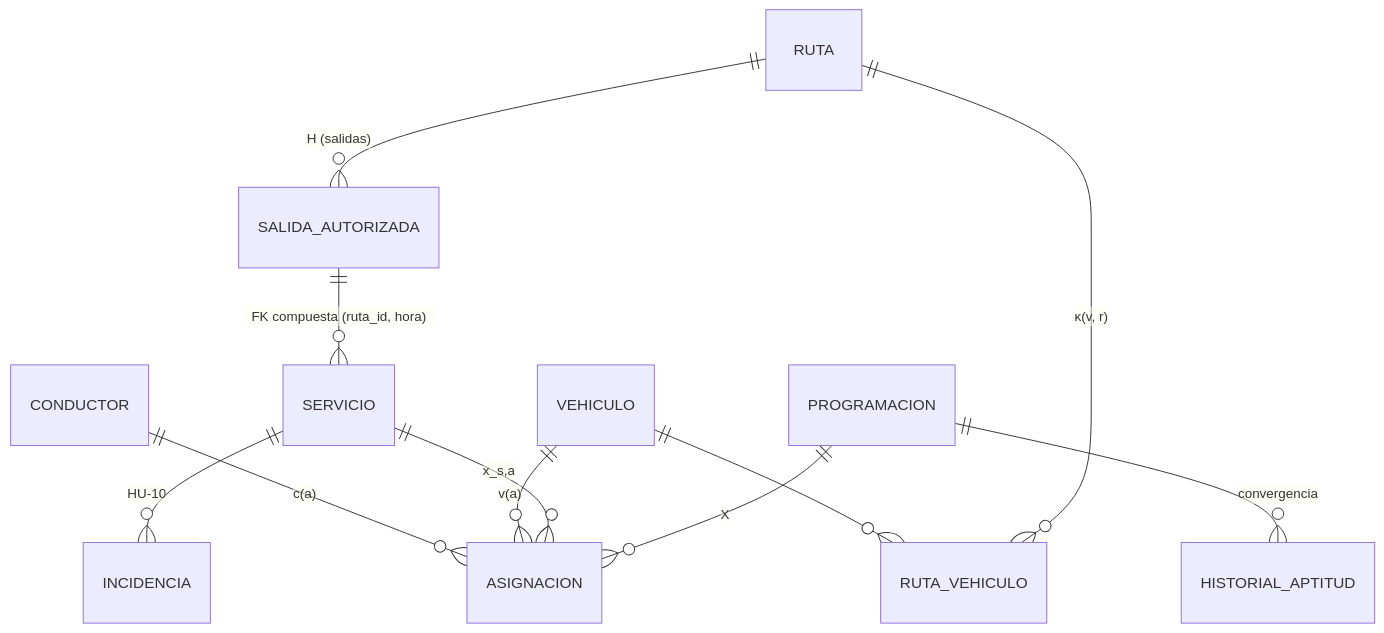
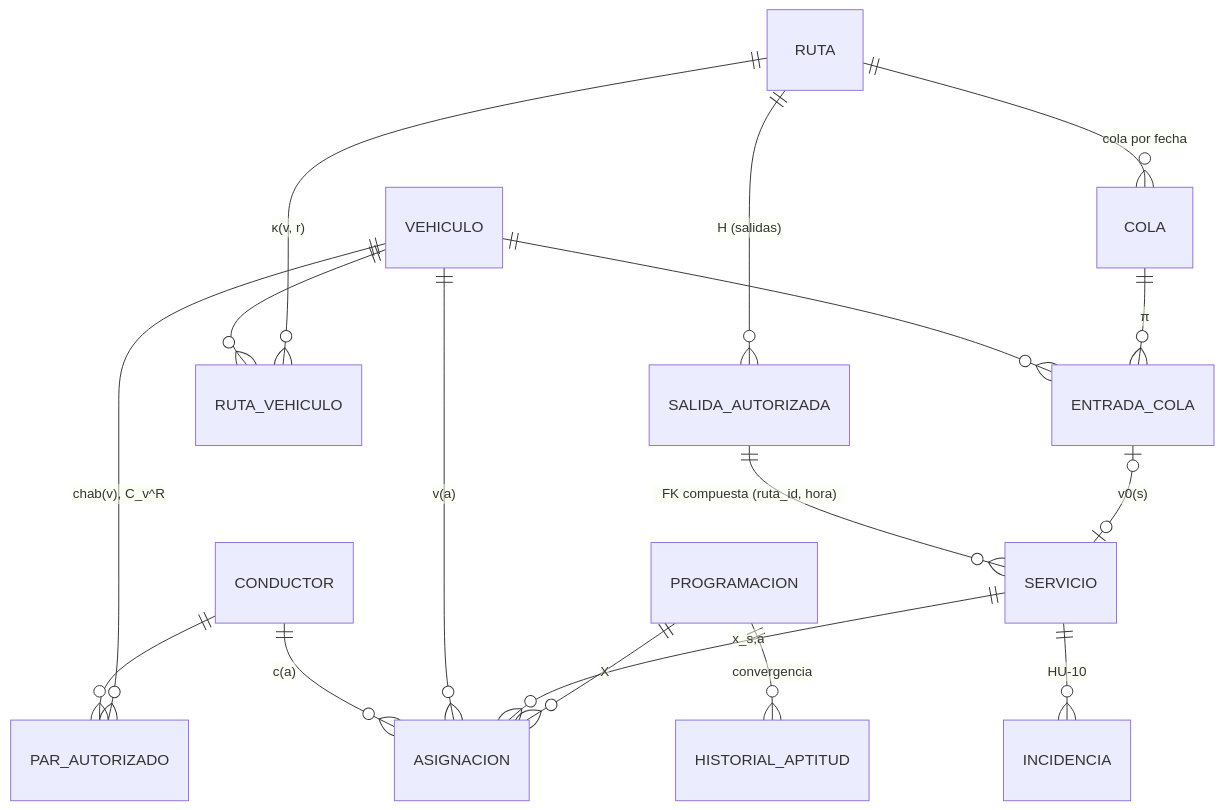
One commit to Madafaka17/sistema-asignacion-san-felipe changed the second of 2 diagrams in docs/formalizacion_algoritmo.md. Above: the diagram before and after it, drawn with Mermaid. The commit also changed other lines of this file and 29 other files, not shown here.

````diff
--- a/docs/formalizacion_algoritmo.md
+++ b/docs/formalizacion_algoritmo.md
@@ -268,13 +316,19 @@
 ```mermaid
 erDiagram
   RUTA ||--o{ SALIDA_AUTORIZADA : "H (salidas)"
   RUTA ||--o{ RUTA_VEHICULO : "κ(v, r)"
   VEHICULO ||--o{ RUTA_VEHICULO : ""
+  VEHICULO ||--o{ PAR_AUTORIZADO : "chab(v), C_v^R"
+  CONDUCTOR ||--o{ PAR_AUTORIZADO : ""
+  RUTA ||--o{ COLA : "cola por fecha"
+  COLA ||--o{ ENTRADA_COLA : "π"
+  VEHICULO ||--o{ ENTRADA_COLA : ""
+  ENTRADA_COLA |o--o| SERVICIO : "v0(s)"
   SALIDA_AUTORIZADA ||--o{ SERVICIO : "FK compuesta (ruta_id, hora)"
   PROGRAMACION ||--o{ ASIGNACION : "X"
   SERVICIO ||--o{ ASIGNACION : "x_s,a"
   VEHICULO ||--o{ ASIGNACION : "v(a)"
   CONDUCTOR ||--o{ ASIGNACION : "c(a)"
   PROGRAMACION ||--o{ HISTORIAL_APTITUD : "convergencia"
   SERVICIO ||--o{ INCIDENCIA : "HU-10"
 ```
````
